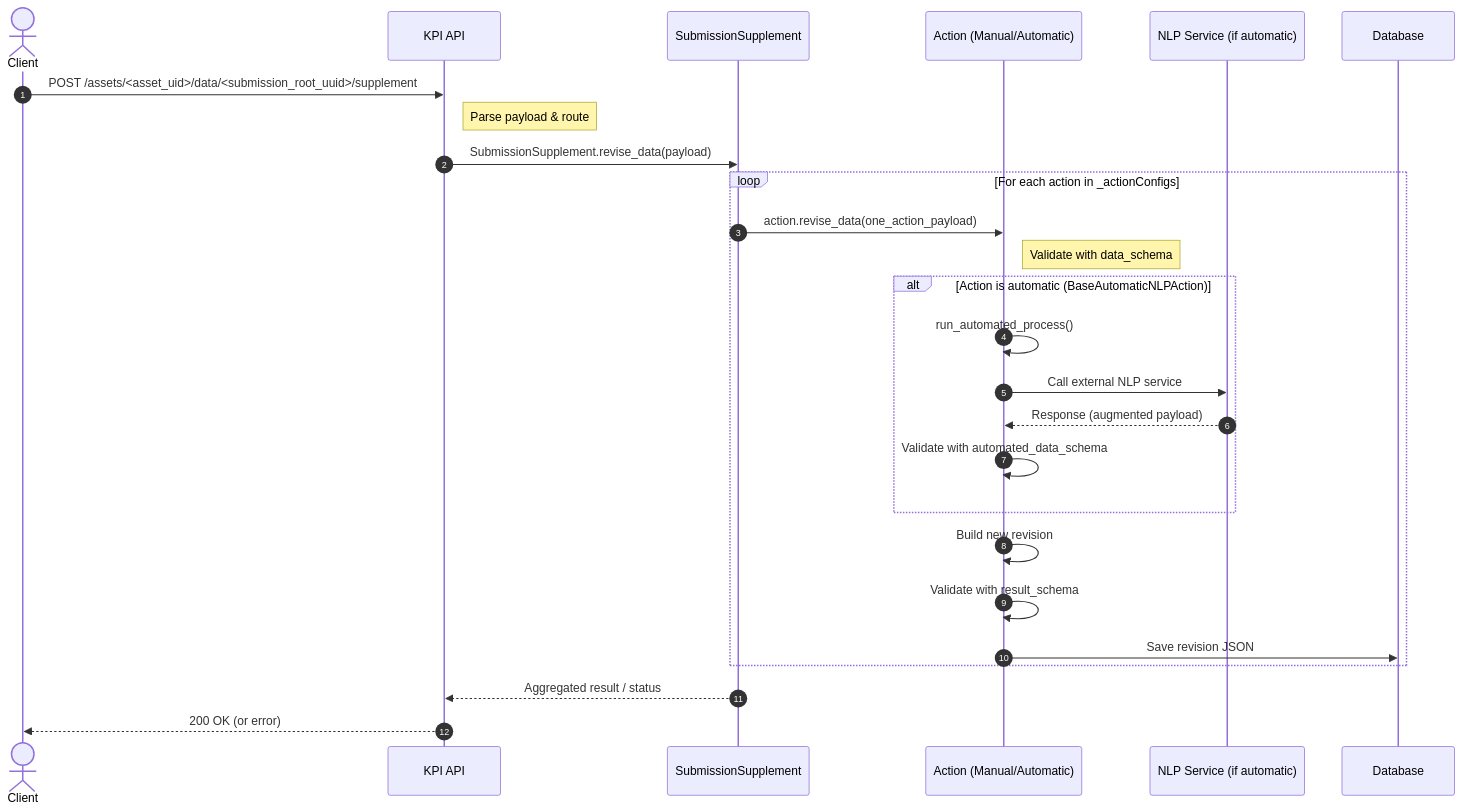
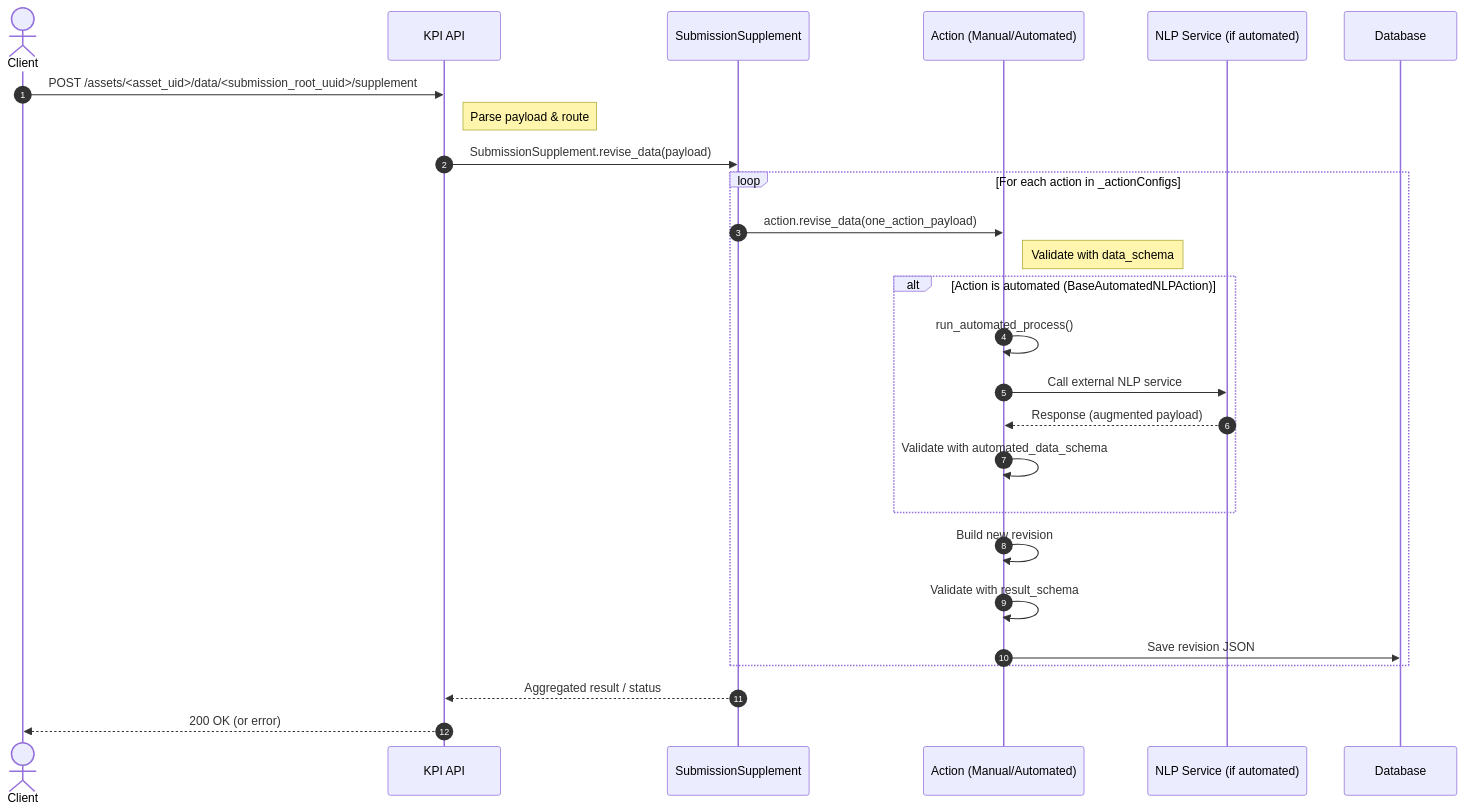
Before and after one commit to kobotoolbox/kpi: the second of 3 diagrams in kobo/apps/subsequences/README.md, drawn with Mermaid. The commit also changed other lines of this file and 9 other files, not shown here.

Commit message:
Refactor: replace Automatic with Automated

````diff
--- a/kobo/apps/subsequences/README.md
+++ b/kobo/apps/subsequences/README.md
@@ -160,34 +160,34 @@
 ```mermaid
 sequenceDiagram
 autonumber
 actor Client
 participant API as KPI API
 participant SS as SubmissionSupplement
-participant Action as Action (Manual/Automatic)
-participant Ext as NLP Service (if automatic)
+participant Action as Action (Manual/Automated)
+participant Ext as NLP Service (if automated)
 participant DB as Database
 
 Client->>API: POST /assets/<asset_uid>/data/<submission_root_uuid>/supplement
 Note right of API: Parse payload & route
 
 API->>SS: SubmissionSupplement.revise_data(payload)
 
 loop For each action in _actionConfigs
   SS->>Action: action.revise_data(one_action_payload)
   Note right of Action: Validate with data_schema
 
-  alt Action is automatic (BaseAutomaticNLPAction)
+  alt Action is automated (BaseAutomatedNLPAction)
     Action->>Action: run_automated_process()
     Action->>Ext: Call external NLP service
     Ext-->>Action: Response (augmented payload)
     Action->>Action: Validate with automated_data_schema
   end
 
   Action->>Action: Build new revision
   Action->>Action: Validate with result_schema
   Action->>DB: Save revision JSON
 end
 
 SS-->>API: Aggregated result / status
 API-->>Client: 200 OK (or error)
 ```
````
